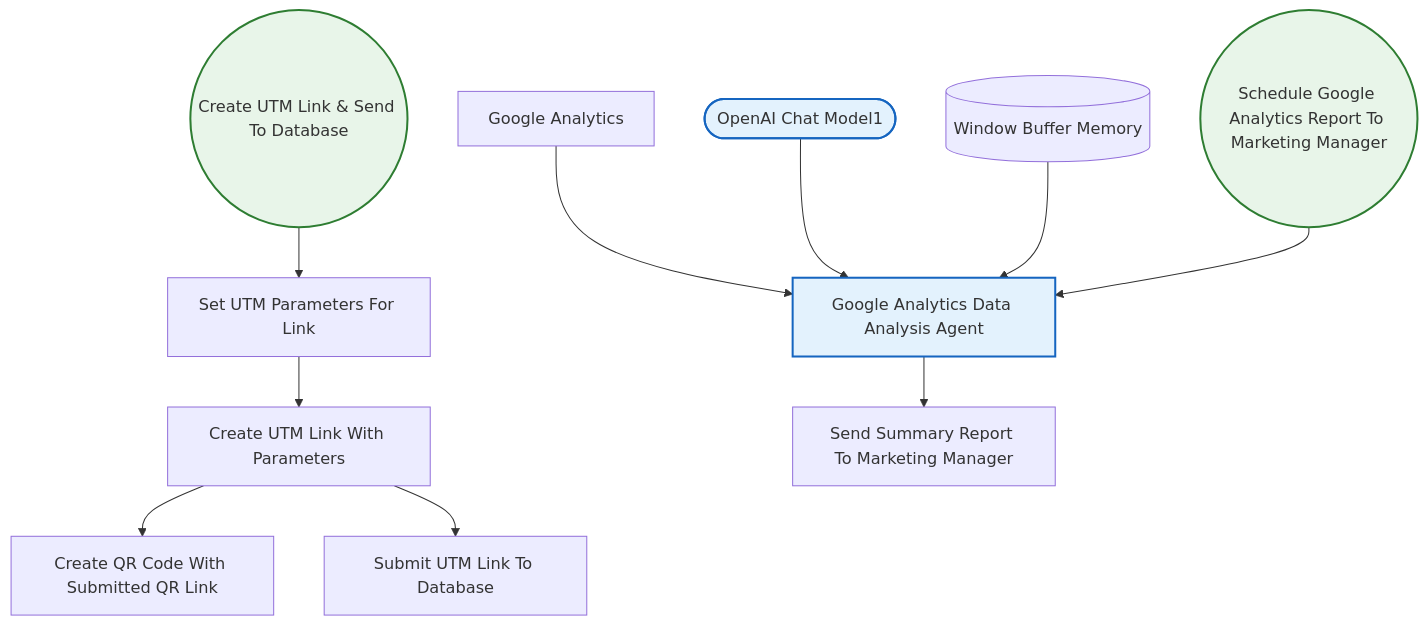
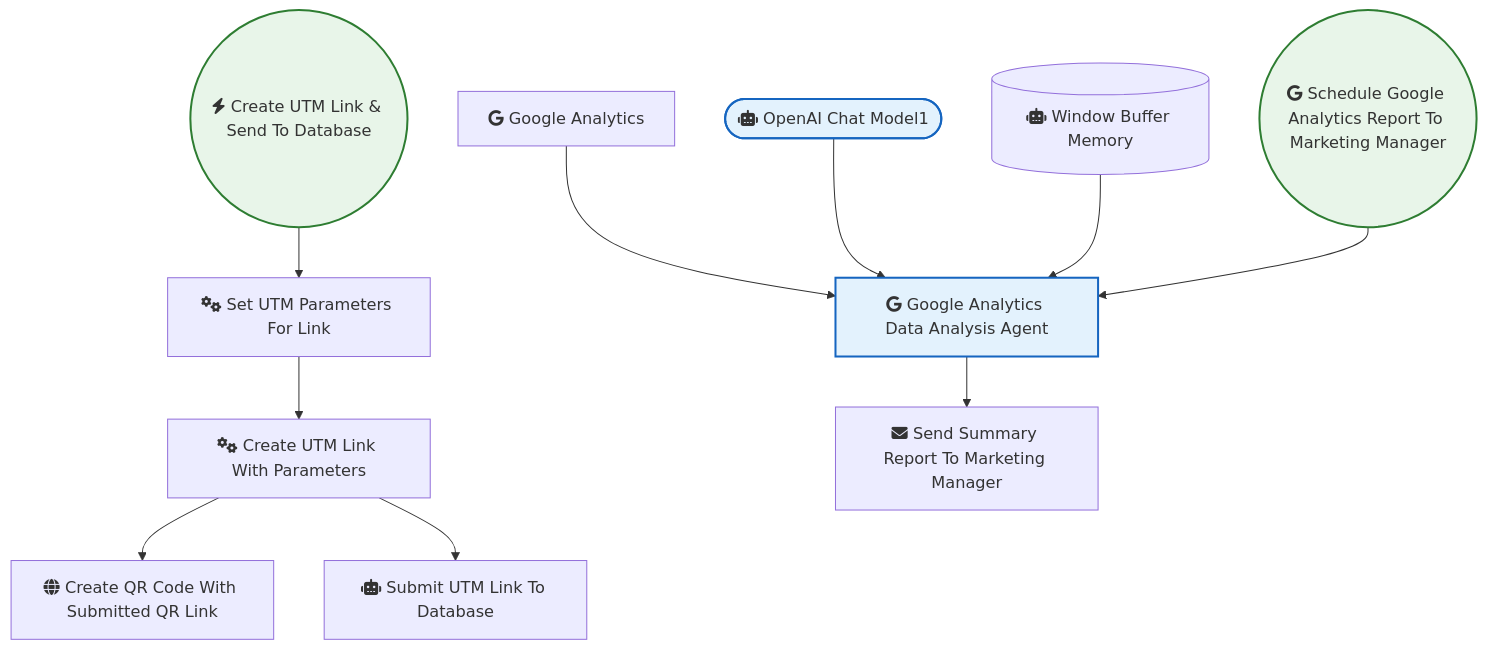
Before and after one commit to sreyash3105/N8N-DEMO-AUTOMATIONS: the diagram in Other_Integrations_and_Use_Cases/UTM Link Creator & QR Code Generator with Scheduled Google Analytics Reports.md, drawn with Mermaid. The commit also changed 291 other files, not shown here.

````diff
--- a/Other_Integrations_and_Use_Cases/UTM Link Creator & QR Code Generator with Scheduled Google Analytics Reports.md
+++ b/Other_Integrations_and_Use_Cases/UTM Link Creator & QR Code Generator with Scheduled Google Analytics Reports.md
@@ -1,28 +1,28 @@
 ```mermaid
 graph TD
     classDef trigger fill:#e8f5e9,stroke:#2e7d32,stroke-width:2px;
     classDef ai fill:#e3f2fd,stroke:#1565c0,stroke-width:2px;
     classDef logic fill:#fff3e0,stroke:#ef6c00,stroke-width:2px;
 
-    OpenAI_Chat_Model1(["OpenAI Chat Model1"]):::ai
-    Window_Buffer_Memory[("Window Buffer Memory")]
-    Google_Analytics["Google Analytics"]
-    Create_UTM_Link___Send_To_Database(("Create UTM Link & Send To Database")):::trigger
-    Set_UTM_Parameters_For_Link["Set UTM Parameters For Link"]
-    Create_UTM_Link_With_Parameters["Create UTM Link With Parameters"]
-    Submit_UTM_Link_To_Database["Submit UTM Link To Database"]
-    Create_QR_Code_With_Submitted_QR_Link["Create QR Code With Submitted QR Link"]
-    Schedule_Google_Analytics_Report_To_Marketing_Manager(("Schedule Google Analytics Report To Marketing Manager")):::trigger
-    Google_Analytics_Data_Analysis_Agent["Google Analytics Data Analysis Agent"]:::ai
-    Send_Summary_Report_To_Marketing_Manager["Send Summary Report To Marketing Manager"]
+    OpenAI_Chat_Model1(["fas:fa-robot OpenAI Chat Model1"]):::ai
+    Window_Buffer_Memory[("fas:fa-robot Window Buffer Memory")]
+    Google_Analytics["fab:fa-google Google Analytics"]
+    Create_UTM_Link___Send_To_Database(("fas:fa-bolt Create UTM Link & Send To Database")):::trigger
+    Set_UTM_Parameters_For_Link["fas:fa-cogs Set UTM Parameters For Link"]
+    Create_UTM_Link_With_Parameters["fas:fa-cogs Create UTM Link With Parameters"]
+    Submit_UTM_Link_To_Database["fas:fa-robot Submit UTM Link To Database"]
+    Create_QR_Code_With_Submitted_QR_Link["fas:fa-globe Create QR Code With Submitted QR Link"]
+    Schedule_Google_Analytics_Report_To_Marketing_Manager(("fab:fa-google Schedule Google Analytics Report To Marketing Manager")):::trigger
+    Google_Analytics_Data_Analysis_Agent["fab:fa-google Google Analytics Data Analysis Agent"]:::ai
+    Send_Summary_Report_To_Marketing_Manager["fas:fa-envelope Send Summary Report To Marketing Manager"]
 
     Google_Analytics --> Google_Analytics_Data_Analysis_Agent
     OpenAI_Chat_Model1 --> Google_Analytics_Data_Analysis_Agent
     Window_Buffer_Memory --> Google_Analytics_Data_Analysis_Agent
     Set_UTM_Parameters_For_Link --> Create_UTM_Link_With_Parameters
     Create_UTM_Link_With_Parameters --> Create_QR_Code_With_Submitted_QR_Link
     Create_UTM_Link_With_Parameters --> Submit_UTM_Link_To_Database
     Create_UTM_Link___Send_To_Database --> Set_UTM_Parameters_For_Link
     Google_Analytics_Data_Analysis_Agent --> Send_Summary_Report_To_Marketing_Manager
     Schedule_Google_Analytics_Report_To_Marketing_Manager --> Google_Analytics_Data_Analysis_Agent
 ```
````
